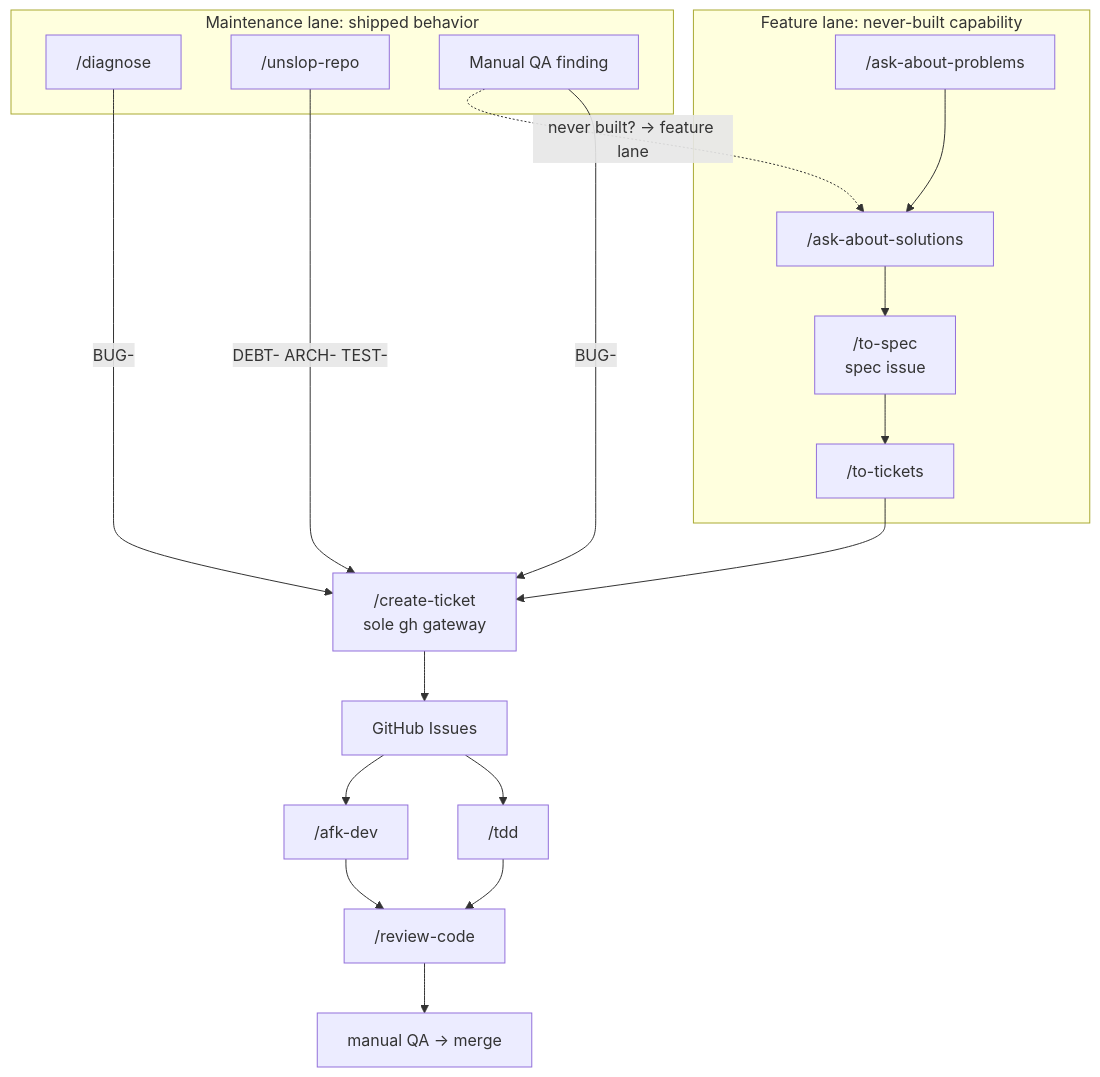
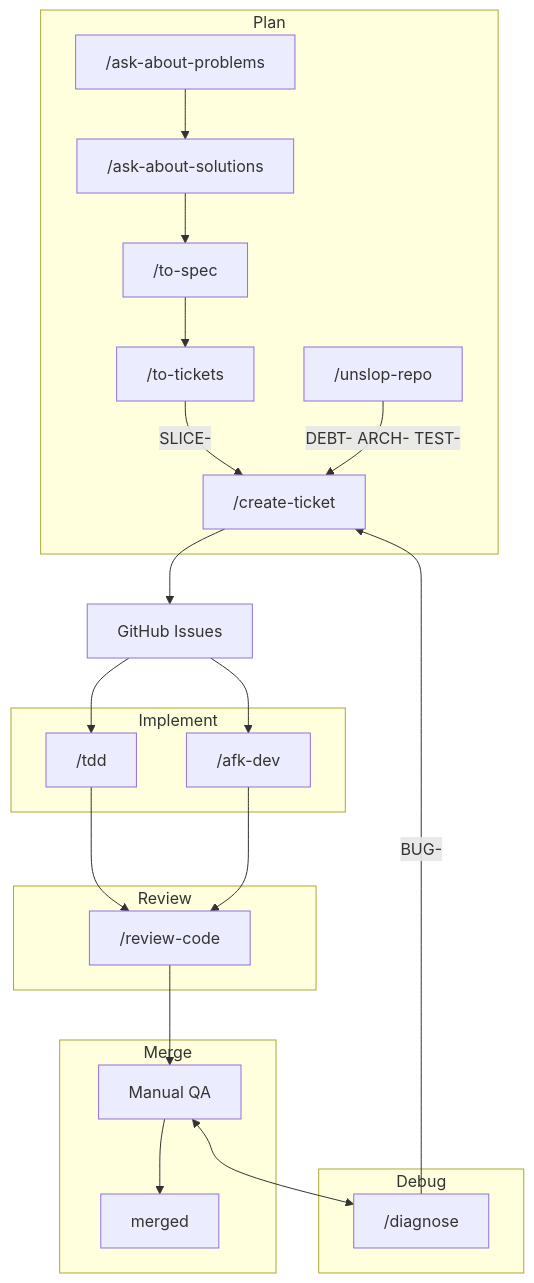
One commit to mskhmelik/agent-skills changed the diagram in README.md. Above: the diagram before and after it, drawn with Mermaid. The commit also changed other lines of this file and 1 other file, not shown here.

Commit message:
docs: redraw workflow mermaid by process stage, crossing-free (#13)
Reorganize the flow diagram (README + init-docs template) from lane-subgraphs
to process-stage subgraphs: Plan → Implement → Review → Debug → Merge.

- No intersecting lines: the BUG- feedback edge runs up the margin; the main
  spine stays clean (verified by rendering to PNG and inspecting).
- Dropped the dotted 'never built? → feature lane' cross-arrow and its prose;
  maintenance intake now just carries a ticket prefix (SLICE-/DEBT- ARCH-
  TEST-/BUG-) like every other edge.
- Debug (/diagnose) has a circular reference to Manual QA (qa <--> dg) showing
  the iterative debug loop; a diagnosed defect files BUG- back into Plan.
- Two-lane concept kept as one sentence (the two entry points into Plan), not
  a boxed subgraph.

Same diagram in README.md and template-readme.md (byte-identical); both render.

````diff
--- a/README.md
+++ b/README.md
@@ -53,27 +53,34 @@
 ```mermaid
 flowchart TB
-  subgraph feature [Feature lane: never-built capability]
+  subgraph plan [Plan]
     aap["/ask-about-problems"] --> aas["/ask-about-solutions"]
-    aas --> toSpec["/to-spec<br/>spec issue"]
-    toSpec --> toTickets["/to-tickets"]
+    aas --> spec["/to-spec"]
+    spec --> tix["/to-tickets"]
+    unslop["/unslop-repo"]
+    ct["/create-ticket"]
+    tix -->|"SLICE-"| ct
+    unslop -->|"DEBT- ARCH- TEST-"| ct
   end
-
-  subgraph maint [Maintenance lane: shipped behavior]
-    diagnose["/diagnose"]
-    unslop["/unslop-repo"]
-    qa["Manual QA finding"]
+  issues["GitHub Issues"]
+  subgraph implement [Implement]
+    tdd["/tdd"]
+    afk["/afk-dev"]
   end
-
-  toTickets --> createTicket["/create-ticket<br/>sole gh gateway"]
-  diagnose -->|"BUG-"| createTicket
-  unslop -->|"DEBT- ARCH- TEST-"| createTicket
-  qa -->|"BUG-"| createTicket
-  qa -.->|"never built? → feature lane"| aas
-
-  createTicket --> ghIssues["GitHub Issues"]
-  ghIssues --> tdd["/tdd"]
-  ghIssues --> afkDev["/afk-dev"]
-  tdd --> review["/review-code"]
-  afkDev --> review
-  review --> merge["manual QA → merge"]
+  subgraph review [Review]
+    rc["/review-code"]
+  end
+  subgraph debug [Debug]
+    dg["/diagnose"]
+  end
+  subgraph merge [Merge]
+    qa["Manual QA"] --> mg["merged"]
+  end
+  ct --> issues
+  issues --> tdd
+  issues --> afk
+  tdd --> rc
+  afk --> rc
+  rc --> qa
+  qa <--> dg
+  dg -->|"BUG-"| ct
 ```
````
